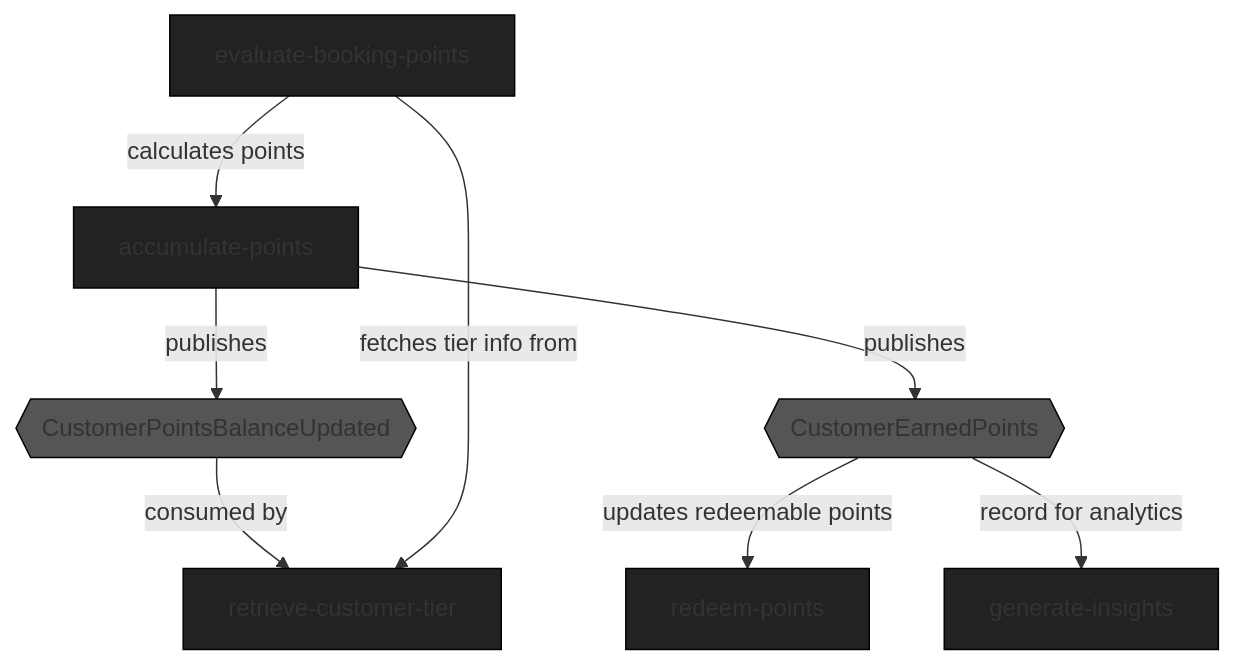
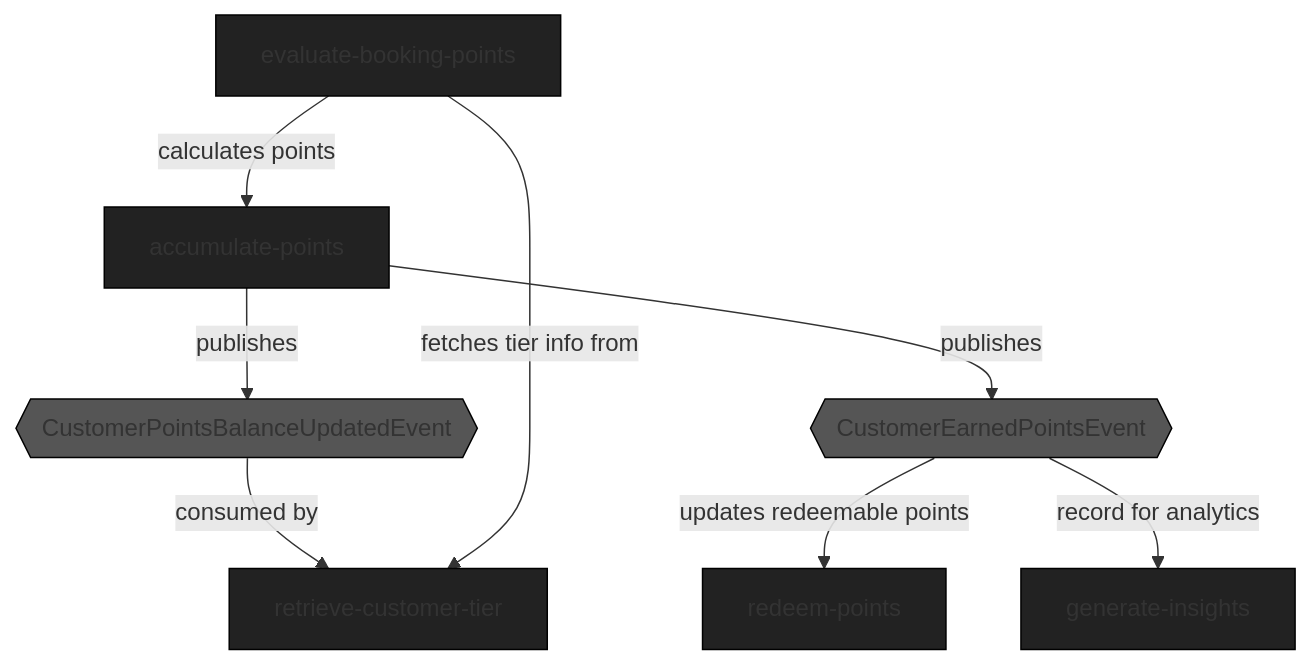
The second of 2 diagrams in bdd-mutation-testing/step2-design.md (juliusz-cwiakalski/jcw-examples), drawn with Mermaid before and after one commit. The commit also changed other lines of this file and 13 other files, not shown here.

Commit message:
[BDD] Iteration 1, Step 3.5: Unit tests implementation and design of AccumulatePointsFacade API

````diff
--- a/bdd-mutation-testing/step2-design.md
+++ b/bdd-mutation-testing/step2-design.md
@@ -75,15 +75,15 @@
 ```mermaid
 graph TD;
     evaluate-booking-points -->|calculates points| accumulate-points
-    accumulate-points -->|publishes| CustomerPointsBalanceUpdated
-    CustomerPointsBalanceUpdated{{CustomerPointsBalanceUpdated}} -->|consumed by| retrieve-customer-tier
-    accumulate-points -->|publishes| CustomerEarnedPoints
-    CustomerEarnedPoints{{CustomerEarnedPoints}} -->|updates redeemable points| redeem-points
-    CustomerEarnedPoints -->|record for analytics| generate-insights
+    accumulate-points -->|publishes| CustomerPointsBalanceUpdatedEvent
+    CustomerPointsBalanceUpdatedEvent{{CustomerPointsBalanceUpdatedEvent}} -->|consumed by| retrieve-customer-tier
+    accumulate-points -->|publishes| CustomerEarnedPointsEvent
+    CustomerEarnedPointsEvent{{CustomerEarnedPointsEvent}} -->|updates redeemable points| redeem-points
+    CustomerEarnedPointsEvent -->|record for analytics| generate-insights
 
     evaluate-booking-points -->|fetches tier info from| retrieve-customer-tier
 
     classDef default fill:#222,stroke:#000;
     classDef event fill:#555,stroke:000;
-    class CustomerPointsBalanceUpdated,CustomerEarnedPoints event
+    class CustomerPointsBalanceUpdatedEvent,CustomerEarnedPointsEvent event
 ```
````
